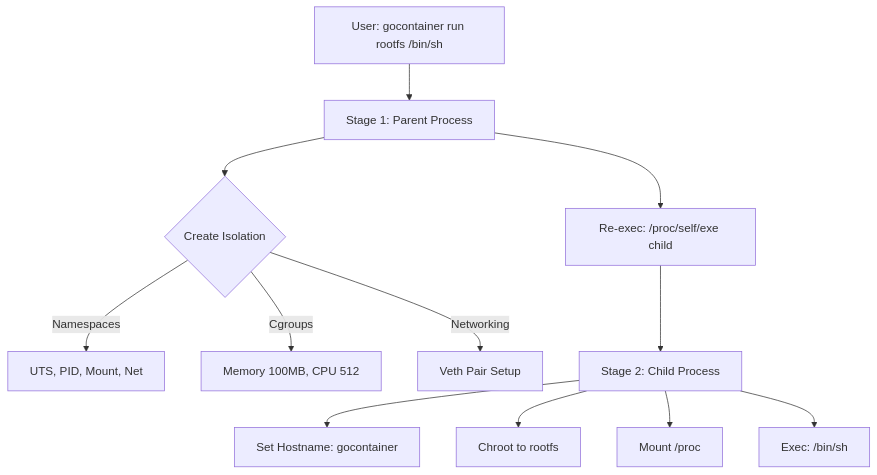
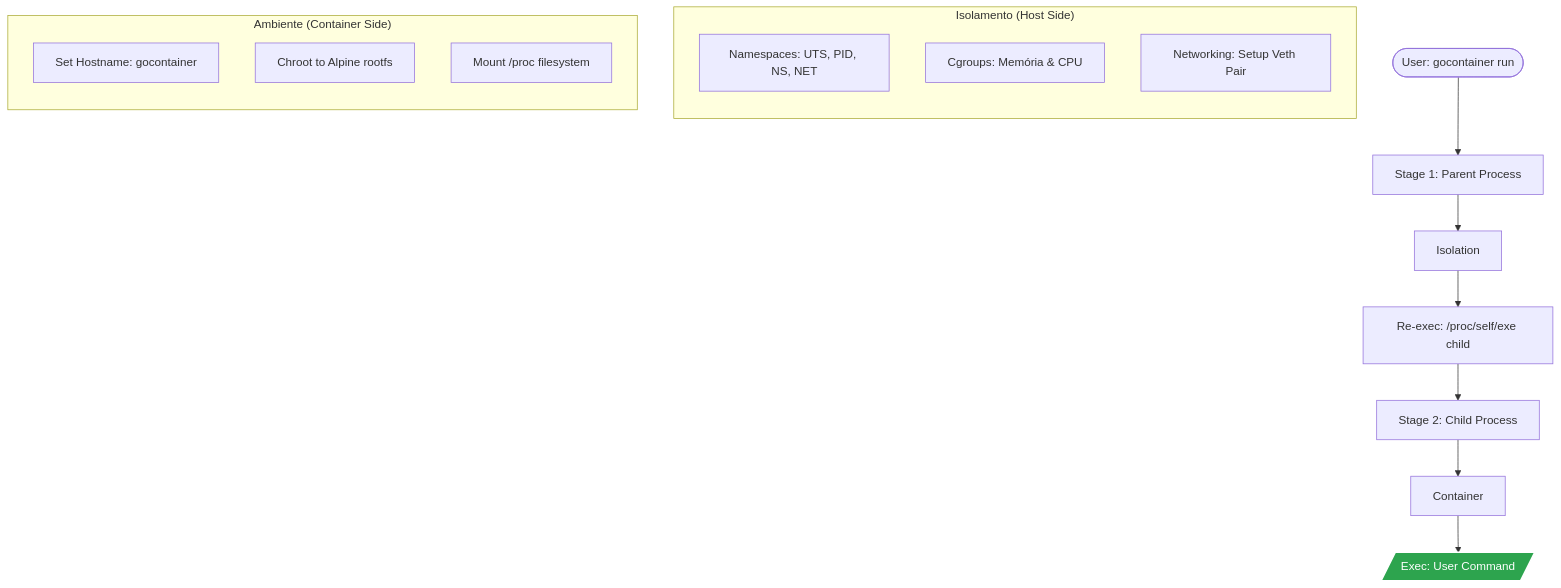
Before and after one commit to ESousa97/gocontainerruntime: the diagram in README.md, drawn with Mermaid.

Commit message:
docs: refine architecture diagram for better readability

````diff
--- a/README.md
+++ b/README.md
@@ -76,16 +76,27 @@
 ```mermaid
 graph TD
-    A[User: gocontainer run rootfs /bin/sh] --> B[Stage 1: Parent Process]
-    B --> C{Create Isolation}
-    C -->|Namespaces| D[UTS, PID, Mount, Net]
-    C -->|Cgroups| E[Memory 100MB, CPU 512]
-    C -->|Networking| F[Veth Pair Setup]
-    
-    B --> G[Re-exec: /proc/self/exe child]
-    
-    G --> H[Stage 2: Child Process]
-    H --> I[Set Hostname: gocontainer]
-    H --> J[Chroot to rootfs]
-    H --> K[Mount /proc]
-    H --> L[Exec: /bin/sh]
+    Start([User: gocontainer run]) --> Parent[Stage 1: Parent Process]
+
+    subgraph "Isolamento (Host Side)"
+        direction TB
+        NS[Namespaces: UTS, PID, NS, NET]
+        CG[Cgroups: Memória & CPU]
+        Veth[Networking: Setup Veth Pair]
+    end
+
+    Parent --> Isolation
+    Isolation --> Reexec[Re-exec: /proc/self/exe child]
+    Reexec --> Child[Stage 2: Child Process]
+
+    subgraph "Ambiente (Container Side)"
+        direction TB
+        Host[Set Hostname: gocontainer]
+        Root[Chroot to Alpine rootfs]
+        Mount[Mount /proc filesystem]
+    end
+
+    Child --> Container
+    Container --> Final[/Exec: User Command/]
+
+    style Final fill:#2da44e,stroke:#fff,stroke-width:2px,color:#fff
 ```
````
